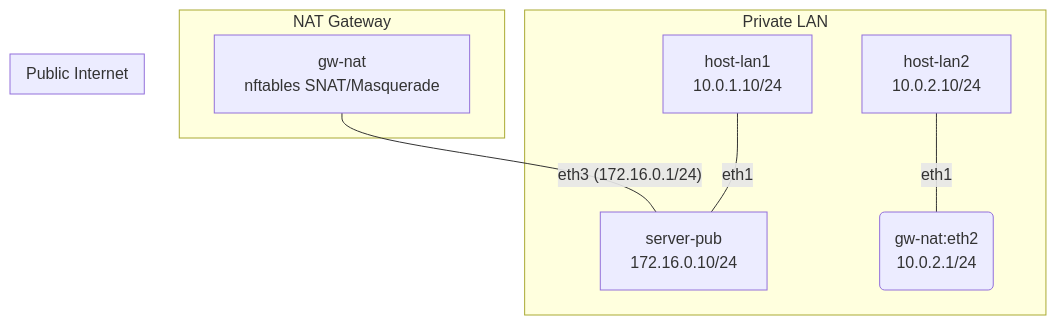
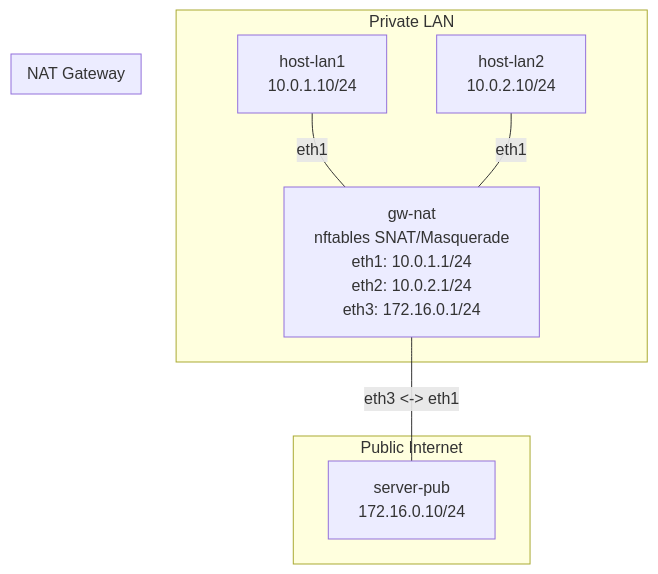
The diagram in bai-tap-ve-nha/08-nat-masquerade-linux/lab-guide.md (VuVietThanhPTIT/containerlab-demo), drawn with Mermaid before and after one commit. The commit also changed 3 other files, not shown here.

Commit message:
fix: correct Mermaid diagram syntax for link labels and node definitions

````diff
--- a/bai-tap-ve-nha/08-nat-masquerade-linux/lab-guide.md
+++ b/bai-tap-ve-nha/08-nat-masquerade-linux/lab-guide.md
@@ -14,15 +14,15 @@
 ```mermaid
 graph TD
     subgraph private_lan ["Private LAN"]
-        host-lan1[host-lan1<br>10.0.1.10/24] -- eth1 --- eth1(gw-nat:eth1<br>10.0.1.1/24)
-        host-lan2[host-lan2<br>10.0.2.10/24] -- eth1 --- eth2(gw-nat:eth2<br>10.0.2.1/24)
+        host-lan1[host-lan1<br>10.0.1.10/24] -- "eth1" --- gw-nat
+        host-lan2[host-lan2<br>10.0.2.10/24] -- "eth1" --- gw-nat
     end
     
     subgraph nat_gateway ["NAT Gateway"]
-        gw-nat[gw-nat<br>nftables SNAT/Masquerade]
+        gw-nat[gw-nat<br>nftables SNAT/Masquerade<br>eth1: 10.0.1.1/24<br>eth2: 10.0.2.1/24<br>eth3: 172.16.0.1/24]
     end
     
     subgraph public_internet ["Public Internet"]
-        gw-nat -- eth3 (172.16.0.1/24) --- eth1[server-pub<br>172.16.0.10/24]
+        gw-nat -- "eth3 <-> eth1" --- server-pub[server-pub<br>172.16.0.10/24]
     end
 ```
````
